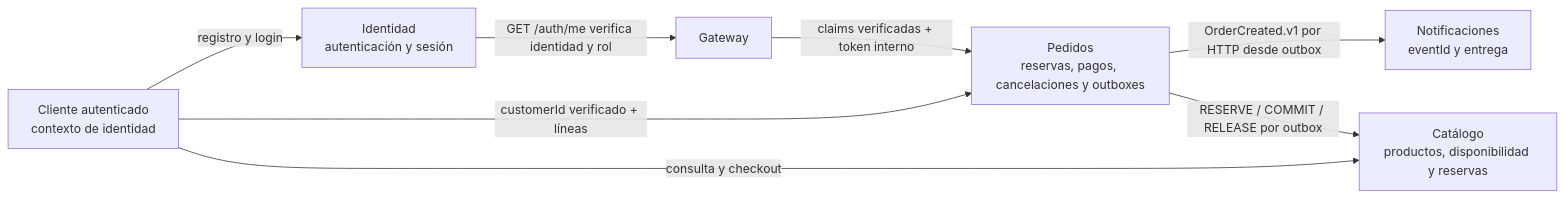
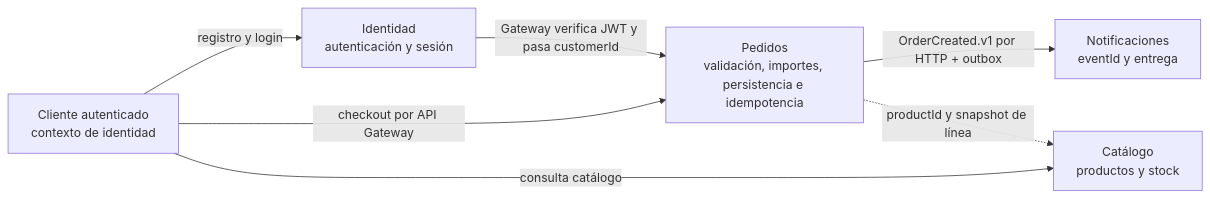
The second of 10 diagrams in docs/wiki/architecture-overview.md (HectorARiascosI/mileshop-platform), drawn with Mermaid before and after one commit. The commit also changed other lines of this file and 89 other files, not shown here.

First line of the commit message:
Complete catalog reservations and order recovery

````diff
--- a/docs/wiki/architecture-overview.md
+++ b/docs/wiki/architecture-overview.md
@@ -41,16 +40,15 @@
 ```mermaid
 flowchart LR
     Customer[Cliente autenticado\ncontexto de identidad]
     IdentityCtx[Identidad\nautenticación y sesión]
-    CatalogCtx[Catálogo\nproductos, disponibilidad y reservas]
-    OrdersCtx[Pedidos\nreservas, pagos, cancelaciones y outboxes]
+    CatalogCtx[Catálogo\nproductos y stock]
+    OrdersCtx[Pedidos\nvalidación, importes, persistencia e idempotencia]
     NotificationCtx[Notificaciones\neventId y entrega]
 
     Customer -->|registro y login| IdentityCtx
-    Customer -->|consulta y checkout| CatalogCtx
-    Customer -->|customerId verificado + líneas| OrdersCtx
-    IdentityCtx -->|GET /auth/me verifica identidad y rol| Gateway
-    Gateway -->|claims verificadas + token interno| OrdersCtx
-    OrdersCtx -->|OrderCreated.v1 por HTTP desde outbox| NotificationCtx
-    OrdersCtx -->|RESERVE / COMMIT / RELEASE por outbox| CatalogCtx
+    Customer -->|consulta catálogo| CatalogCtx
+    Customer -->|checkout por API Gateway| OrdersCtx
+    IdentityCtx -->|Gateway verifica JWT y pasa customerId| OrdersCtx
+    OrdersCtx -->|OrderCreated.v1 por HTTP + outbox| NotificationCtx
+    OrdersCtx -.->|productId y snapshot de línea| CatalogCtx
 ```
````
